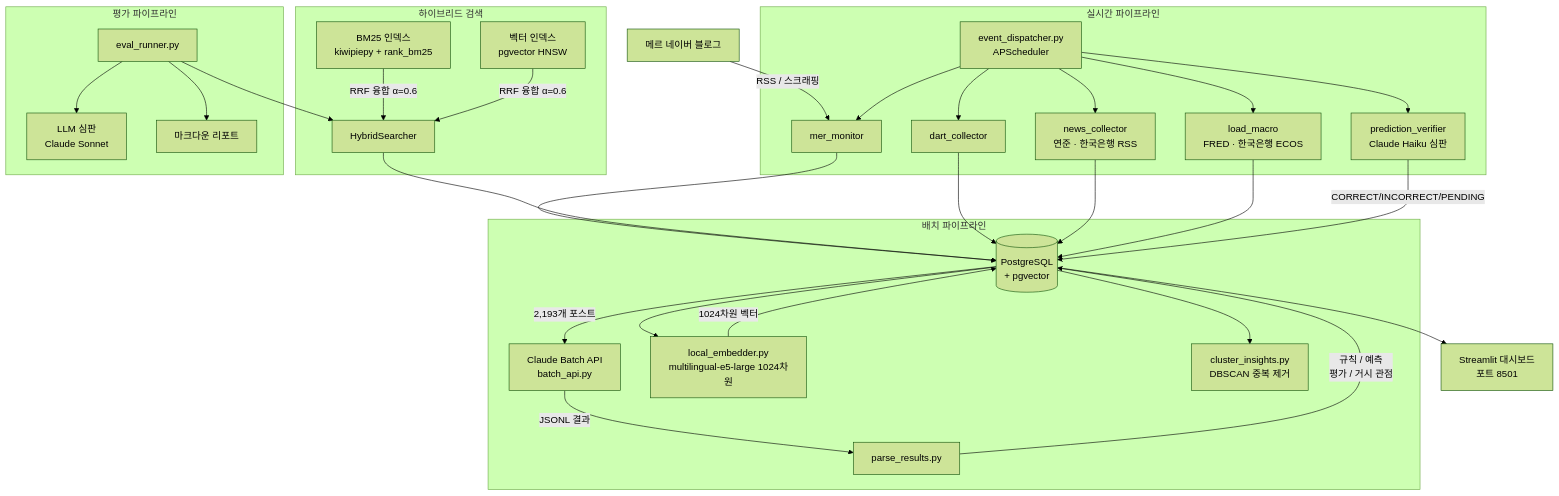
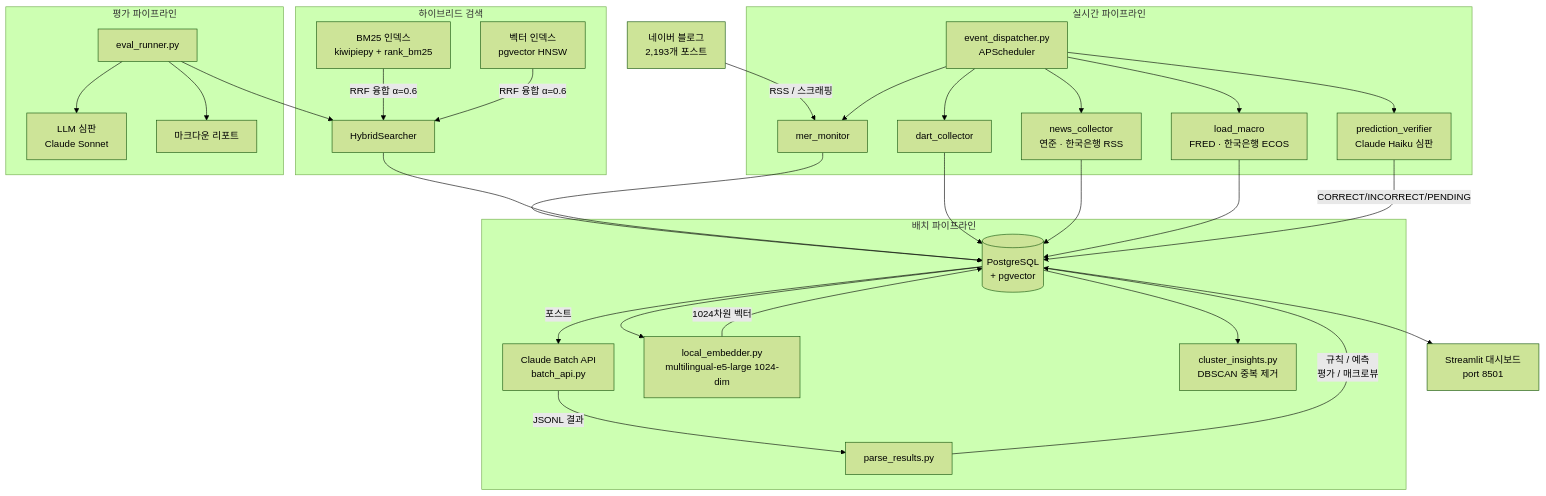
The diagram in README_KR.md (11e3/mer-insight-pipeline), drawn with Mermaid (forest theme) before and after one commit. The commit also changed other lines of this file and 2 other files, not shown here.

````diff
--- a/README_KR.md
+++ b/README_KR.md
@@ -16,41 +17,40 @@
 ```mermaid
 flowchart TD
-    A[메르 네이버 블로그] -->|RSS / 스크래핑| B[mer_monitor]
+    A[네이버 블로그<br>2,193개 포스트] -->|RSS / 스크래핑| B[mer_monitor]
     B --> C[(PostgreSQL<br>+ pgvector)]
 
     subgraph 배치 파이프라인
-        C -->|2,193개 포스트| D[Claude Batch API<br>batch_api.py]
+        C -->|포스트| D[Claude Batch API<br>batch_api.py]
         D -->|JSONL 결과| E[parse_results.py]
-        E -->|규칙 / 예측<br>평가 / 거시 관점| C
-        C --> F[local_embedder.py<br>multilingual-e5-large 1024차원]
+        E -->|규칙 / 예측<br>평가 / 매크로뷰| C
+        C --> F[local_embedder.py<br>multilingual-e5-large 1024-dim]
         F -->|1024차원 벡터| C
         C --> G[cluster_insights.py<br>DBSCAN 중복 제거]
     end
 
     subgraph 하이브리드 검색
         HS1[BM25 인덱스<br>kiwipiepy + rank_bm25]
         HS2[벡터 인덱스<br>pgvector HNSW]
         HS1 & HS2 -->|RRF 융합 α=0.6| HS3[HybridSearcher]
     end
 
     HS3 --> C
 
     subgraph 실시간 파이프라인
         ED[event_dispatcher.py<br>APScheduler] --> B
         ED --> DC[dart_collector]
         ED --> NC[news_collector<br>연준 · 한국은행 RSS]
         ED --> LM[load_macro<br>FRED · 한국은행 ECOS]
         ED --> PV[prediction_verifier<br>Claude Haiku 심판]
         DC & NC & LM --> C
         PV -->|CORRECT/INCORRECT/PENDING| C
     end
 
-
     subgraph 평가 파이프라인
         EV[eval_runner.py] --> HS3
         EV --> LJ[LLM 심판<br>Claude Sonnet]
         EV --> RPT[마크다운 리포트]
     end
 
-    C --> Q[Streamlit 대시보드<br>포트 8501]
+    C --> Q[Streamlit 대시보드<br>port 8501]
 ```
````
